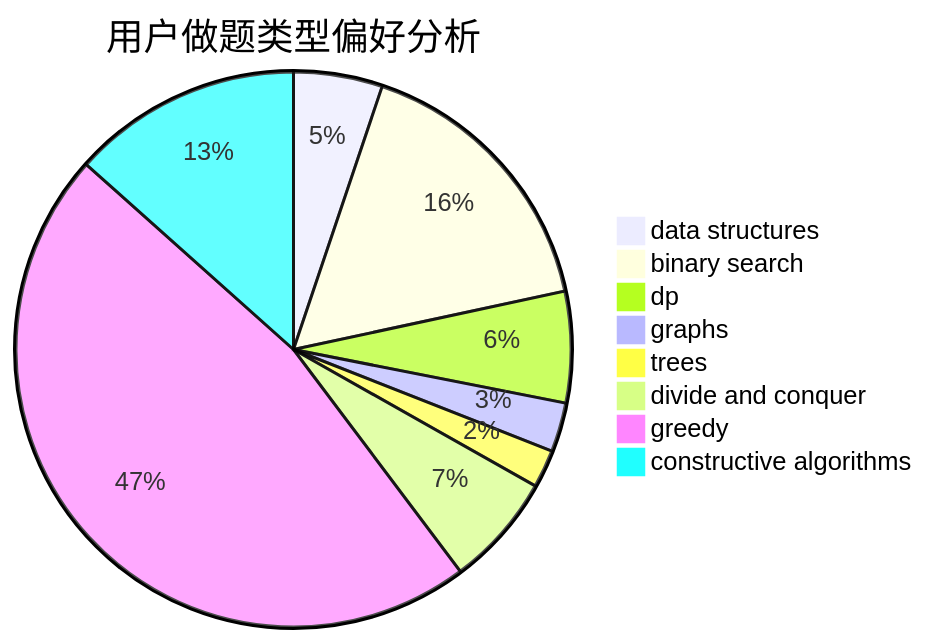
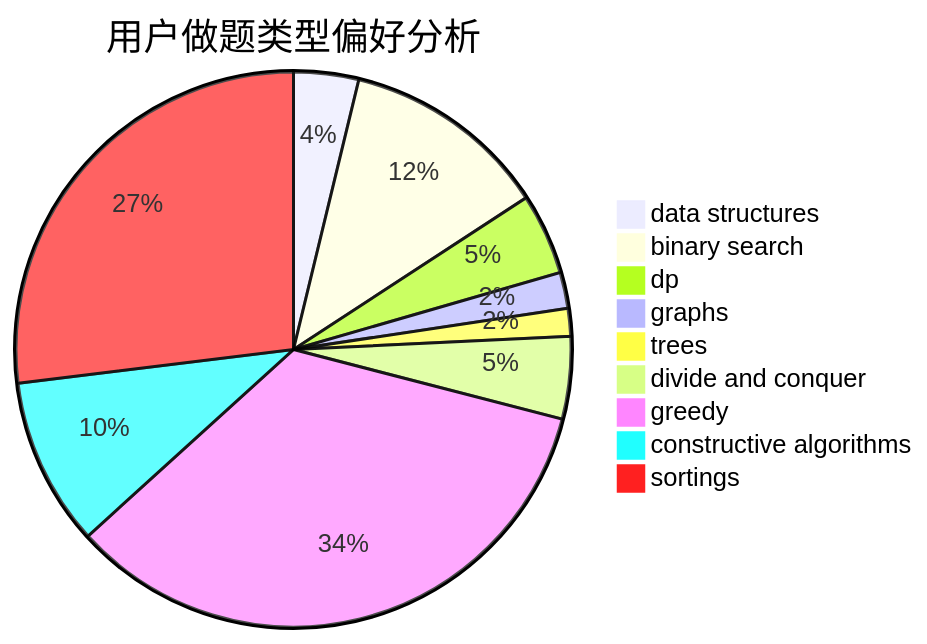
Before and after one commit to sherpahu/cfrs.github.io: the second of 3 diagrams in docs/user/u350.md, drawn with Mermaid. The commit also changed other lines of this file and 2769 other files, not shown here.

````diff
--- a/docs/user/u350.md
+++ b/docs/user/u350.md
@@ -23,11 +18,12 @@
 ```mermaid
 pie title 用户做题类型偏好分析
     "data structures" :  56
     "binary search" :  178
     "dp" :  70
     "graphs" :  31
     "trees" :  24
     "divide and conquer" :  71
     "greedy" :  507
     "constructive algorithms" :  145
+    "sortings" :  399
 ```
````
